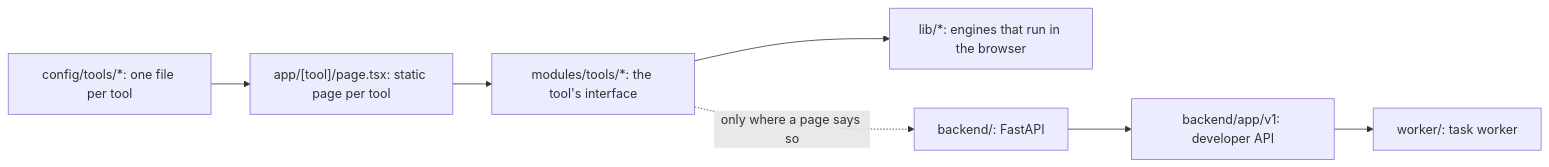
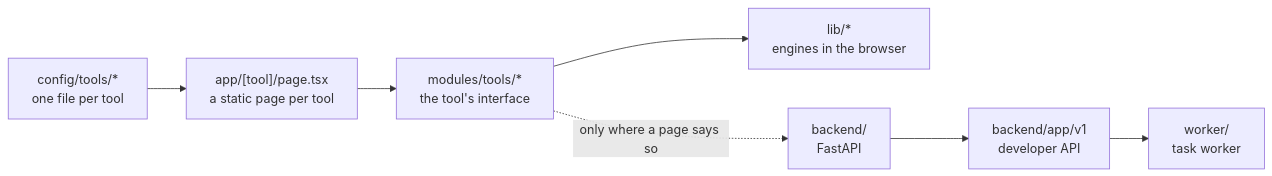
Before and after one commit to cbsshekhawat18-lab/gigai-tools: the diagram in README.md, drawn with Mermaid. The commit also changed other lines of this file and 13 other files, not shown here.

````diff
--- a/README.md
+++ b/README.md
@@ -99,9 +249,9 @@
 ```mermaid
 flowchart LR
-  R["config/tools/*: one file per tool"] --> P["app/[tool]/page.tsx: static page per tool"]
-  P --> U["modules/tools/*: the tool's interface"]
-  U --> E["lib/*: engines that run in the browser"]
-  U -. "only where a page says so" .-> B["backend/: FastAPI"]
-  B --> V["backend/app/v1: developer API"]
-  V --> W["worker/: task worker"]
+  R["config/tools/*<br/>one file per tool"] --> P["app/[tool]/page.tsx<br/>a static page per tool"]
+  P --> U["modules/tools/*<br/>the tool's interface"]
+  U --> E["lib/*<br/>engines in the browser"]
+  U -. "only where a page says so" .-> B["backend/<br/>FastAPI"]
+  B --> V["backend/app/v1<br/>developer API"]
+  V --> W["worker/<br/>task worker"]
 ```
````
